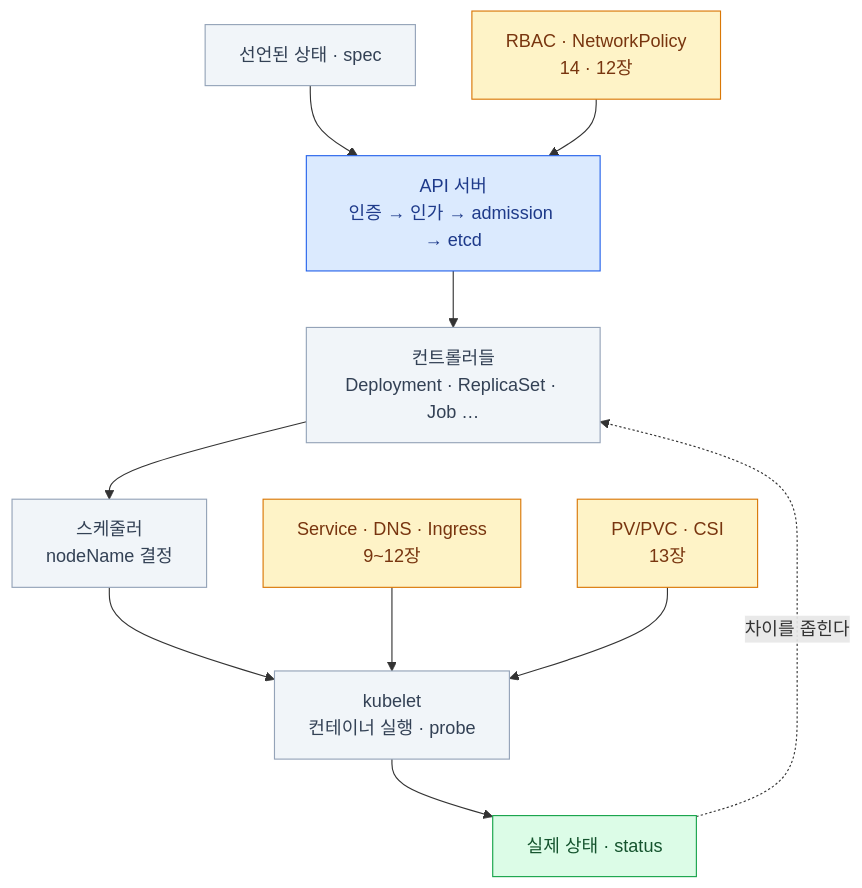
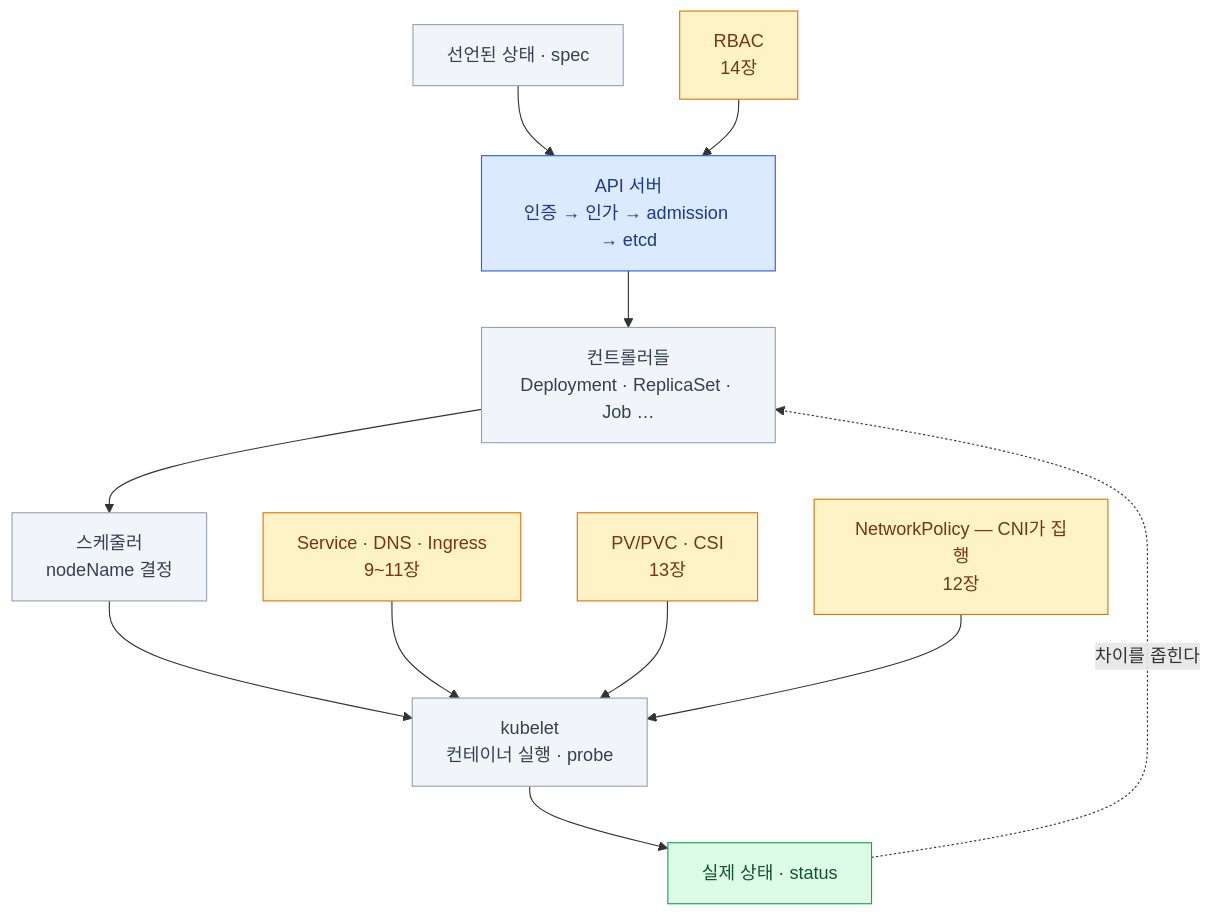
The first of 3 diagrams in src/content/docs/cka/20-wrapup.mdx (mechurak/study-starlight), drawn with Mermaid before and after one commit. The commit also changed other lines of this file and 22 other files, not shown here.

````diff
--- a/src/content/docs/cka/20-wrapup.mdx
+++ b/src/content/docs/cka/20-wrapup.mdx
@@ -12,22 +12,23 @@
 ```mermaid
 flowchart TB
     A["선언된 상태 · spec"] --> B["API 서버<br/>인증 → 인가 → admission → etcd"]
     B --> C["컨트롤러들<br/>Deployment · ReplicaSet · Job …"]
     C --> D["스케줄러<br/>nodeName 결정"]
     D --> E["kubelet<br/>컨테이너 실행 · probe"]
     E --> F["실제 상태 · status"]
     F -.->|"차이를 좁힌다"| C
 
-    G["Service · DNS · Ingress<br/>9~12장"] --> E
+    G["Service · DNS · Ingress<br/>9~11장"] --> E
     H["PV/PVC · CSI<br/>13장"] --> E
-    I["RBAC · NetworkPolicy<br/>14 · 12장"] --> B
+    I["RBAC<br/>14장"] --> B
+    J["NetworkPolicy — CNI가 집행<br/>12장"] --> E
 
     classDef key fill:#dbeafe,stroke:#2563eb,color:#1e3a8a
     classDef ok fill:#dcfce7,stroke:#16a34a,color:#14532d
     classDef side fill:#fef3c7,stroke:#d97706,color:#78350f
     classDef mute fill:#f1f5f9,stroke:#94a3b8,color:#334155
     class B key
     class F ok
-    class G,H,I side
+    class G,H,I,J side
     class A,C,D,E mute
 ```
````
